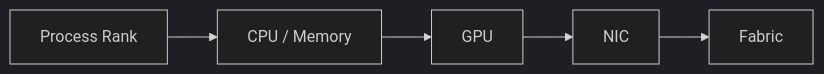
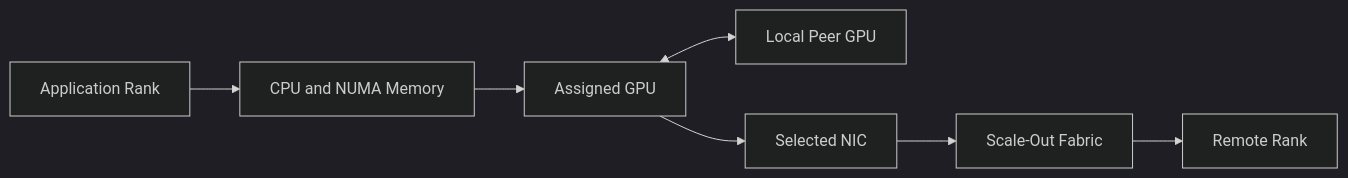
The diagram in docs/nvidia-zero-to-hero/volume-07/labs/lab-04-troubleshoot-a-multi-gpu-data-path.md (jithinpnjm/nvidia-devops), drawn with Mermaid (dark theme) before and after one commit. The commit also changed other lines of this file, not shown here.

````diff
--- a/docs/nvidia-zero-to-hero/volume-07/labs/lab-04-troubleshoot-a-multi-gpu-data-path.md
+++ b/docs/nvidia-zero-to-hero/volume-07/labs/lab-04-troubleshoot-a-multi-gpu-data-path.md
@@ -31,7 +56,14 @@
 ```mermaid
 flowchart LR
-    Rank[Process Rank] --> CPU[CPU / Memory]
-    CPU --> GPU[GPU]
-    GPU --> NIC[NIC]
-    NIC --> Fabric[Fabric]
+    Rank[Application Rank]
+    CPU[CPU and NUMA Memory]
+    GPU[Assigned GPU]
+    Peer[Local Peer GPU]
+    NIC[Selected NIC]
+    Fabric[Scale-Out Fabric]
+    Remote[Remote Rank]
+
+    Rank --> CPU --> GPU
+    GPU <--> Peer
+    GPU --> NIC --> Fabric --> Remote
 ```
````
